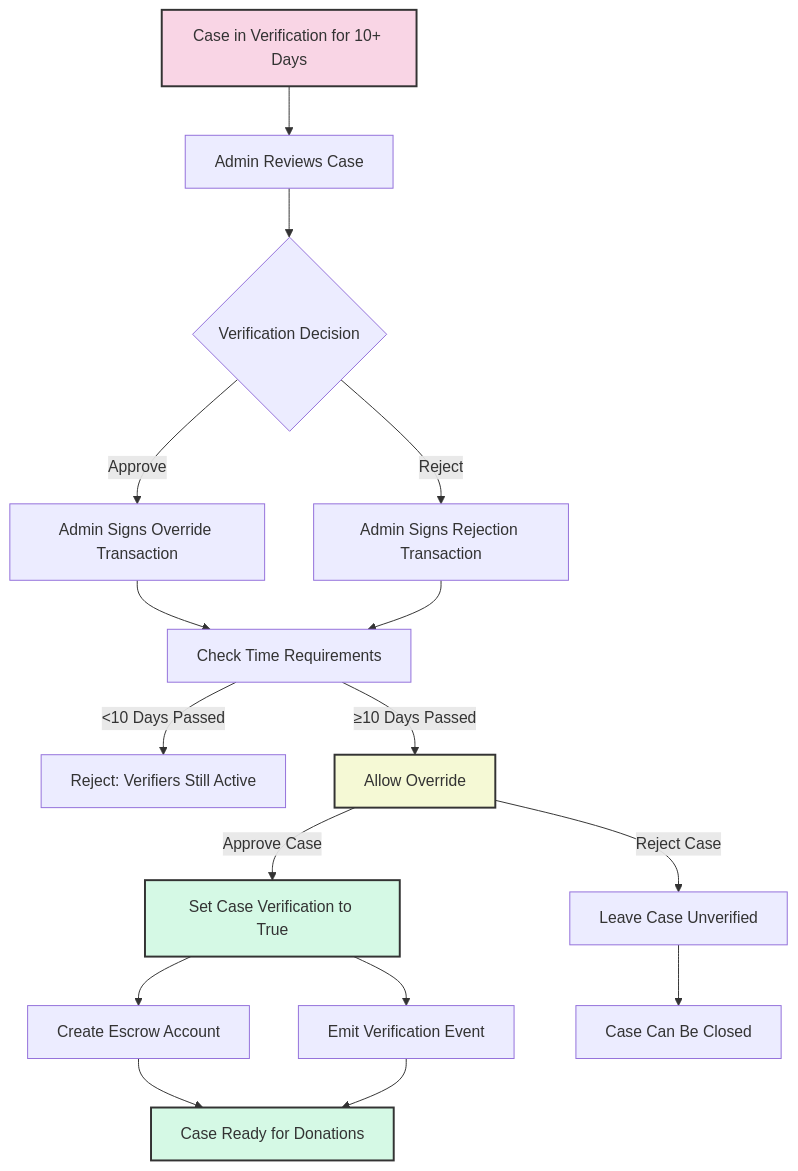
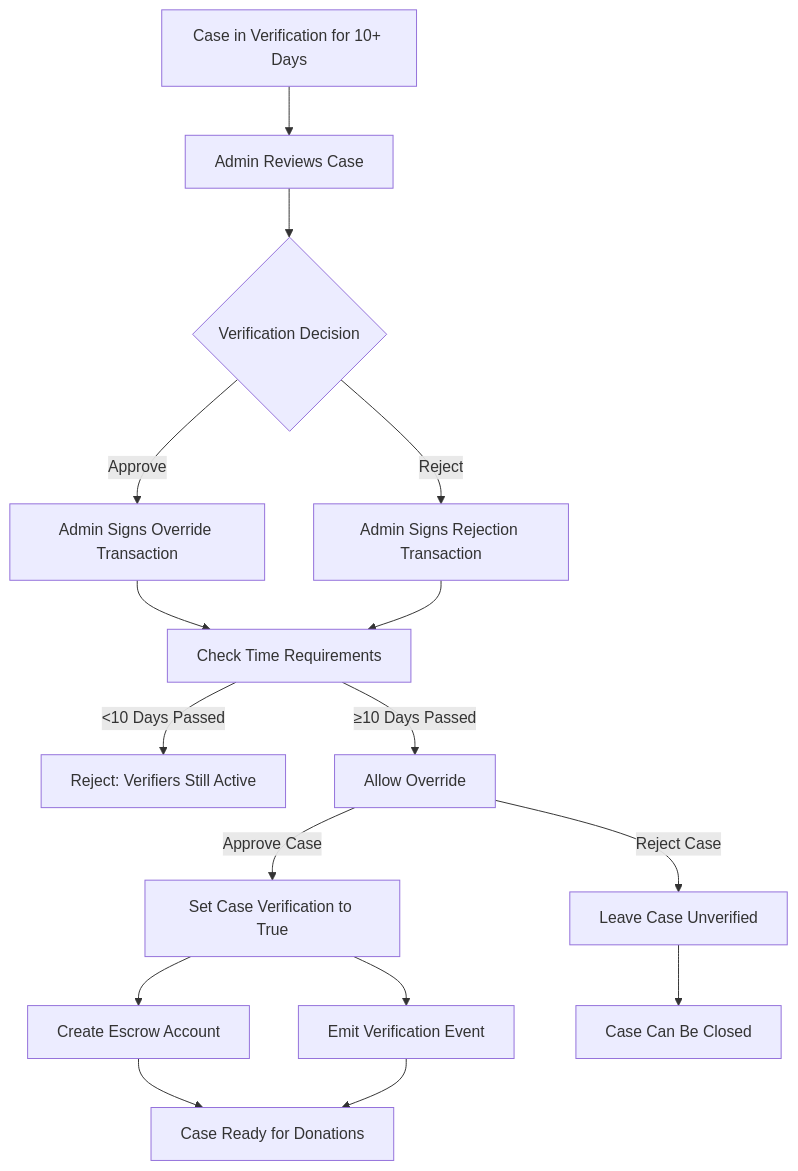
One commit to AymanF10/CuraChain changed the fifth of 6 diagrams in README.md. Above: the diagram before and after it, drawn with Mermaid. The commit also changed other lines of this file, not shown here.

````diff
--- a/README.md
+++ b/README.md
@@ -356,29 +334,24 @@
 ```mermaid
 flowchart TD
     A[Case in Verification for 10+ Days] --> B[Admin Reviews Case]
     B --> C{Verification Decision}
     
     C -->|Approve| D[Admin Signs Override Transaction]
     C -->|Reject| E[Admin Signs Rejection Transaction]
     
     D --> F[Check Time Requirements]
     E --> F
     
     F -->|<10 Days Passed| G[Reject: Verifiers Still Active]
     F -->|≥10 Days Passed| H[Allow Override]
     
     H -->|Approve Case| I[Set Case Verification to True]
     H -->|Reject Case| J[Leave Case Unverified]
     
     I --> K[Create Escrow Account]
     I --> L[Emit Verification Event]
     J --> M[Case Can Be Closed]
     
     K --> N[Case Ready for Donations]
     L --> N
-    
-    style A fill:#f9d5e5,stroke:#333,stroke-width:2px
-    style H fill:#f5f9d5,stroke:#333,stroke-width:2px
-    style I fill:#d5f9e5,stroke:#333,stroke-width:2px
-    style N fill:#d5f9e5,stroke:#333,stroke-width:2px
 ```
````
